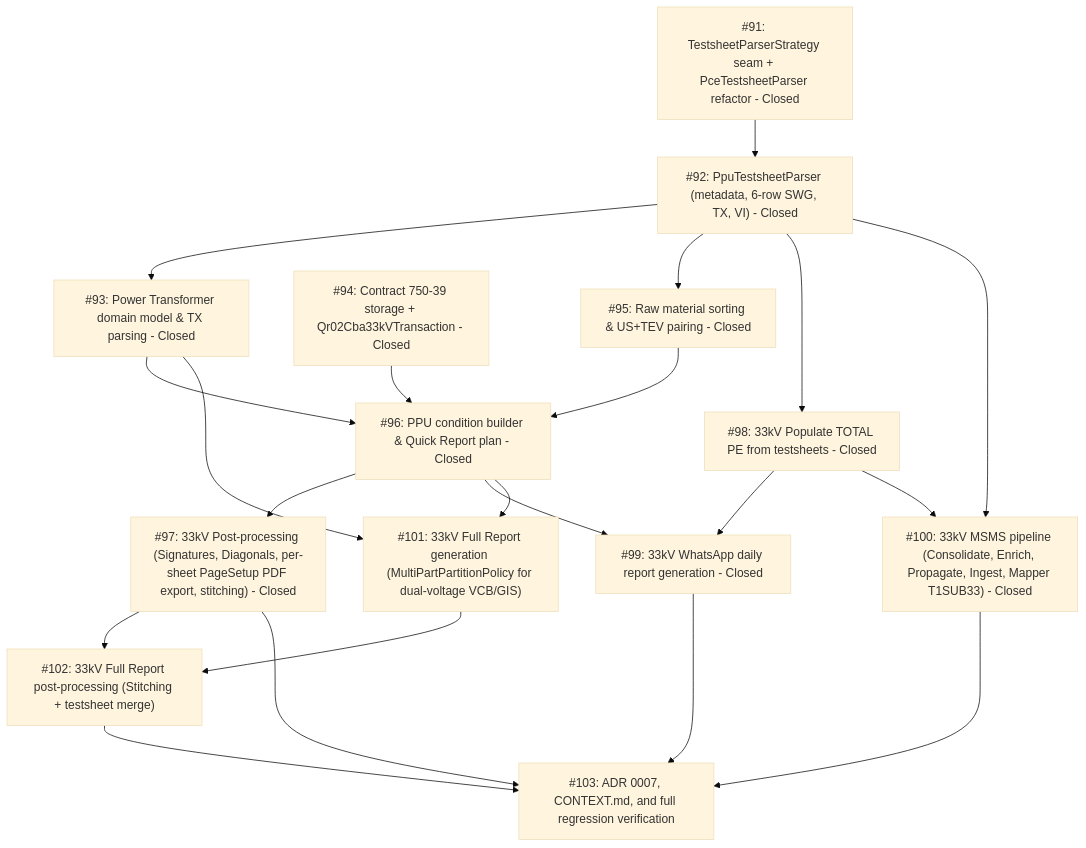
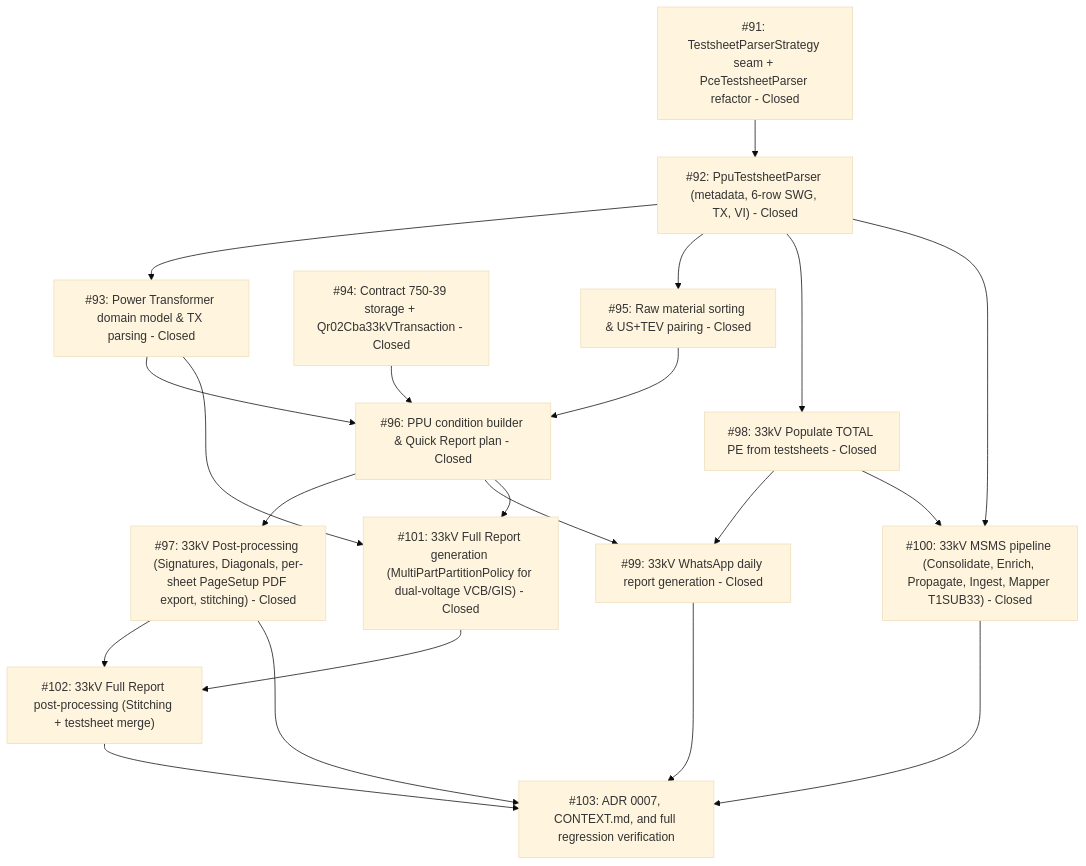
Before and after one commit to adamlarGit/pahang-cli: the diagram in .wayfinder/33kv-system-workflow/map.md, drawn with Mermaid (base theme). The commit also changed other lines of this file and 1 other file, not shown here.

Commit message:
docs(wayfinder): close ticket #101 in map and tickets

````diff
--- a/.wayfinder/33kv-system-workflow/map.md
+++ b/.wayfinder/33kv-system-workflow/map.md
@@ -55,37 +55,37 @@
 ```mermaid
 graph TD
     T91["#91: TestsheetParserStrategy seam + PceTestsheetParser refactor - Closed"]
     T92["#92: PpuTestsheetParser (metadata, 6-row SWG, TX, VI) - Closed"]
     T93["#93: Power Transformer domain model & TX parsing - Closed"]
     T94["#94: Contract 750-39 storage + Qr02Cba33kVTransaction - Closed"]
     T95["#95: Raw material sorting & US+TEV pairing - Closed"]
     T96["#96: PPU condition builder & Quick Report plan - Closed"]
     T97["#97: 33kV Post-processing (Signatures, Diagonals, per-sheet PageSetup PDF export, stitching) - Closed"]
     T98["#98: 33kV Populate TOTAL PE from testsheets - Closed"]
     T99["#99: 33kV WhatsApp daily report generation - Closed"]
     T100["#100: 33kV MSMS pipeline (Consolidate, Enrich, Propagate, Ingest, Mapper T1SUB33) - Closed"]
-    T101["#101: 33kV Full Report generation (MultiPartPartitionPolicy for dual-voltage VCB/GIS)"]
+    T101["#101: 33kV Full Report generation (MultiPartPartitionPolicy for dual-voltage VCB/GIS) - Closed"]
     T102["#102: 33kV Full Report post-processing (Stitching + testsheet merge)"]
     T103["#103: ADR 0007, CONTEXT.md, and full regression verification"]
 
     T91 --> T92
     T92 --> T93
     T92 --> T95
     T92 --> T98
     T94 --> T96
     T93 --> T96
     T95 --> T96
     T96 --> T97
     T96 --> T99
     T98 --> T99
     T98 --> T100
     T92 --> T100
     T93 --> T101
     T96 --> T101
     T97 --> T102
     T101 --> T102
     T97 --> T103
     T99 --> T103
     T100 --> T103
     T102 --> T103
 ```
````
